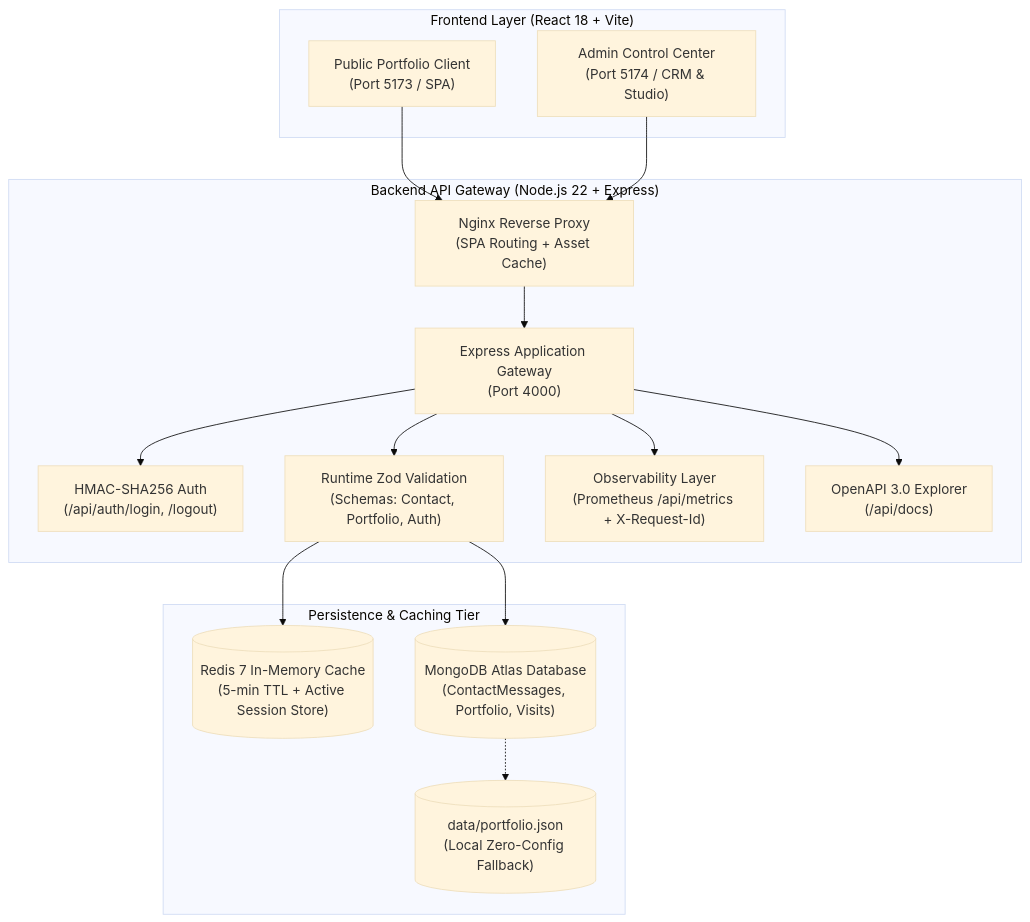
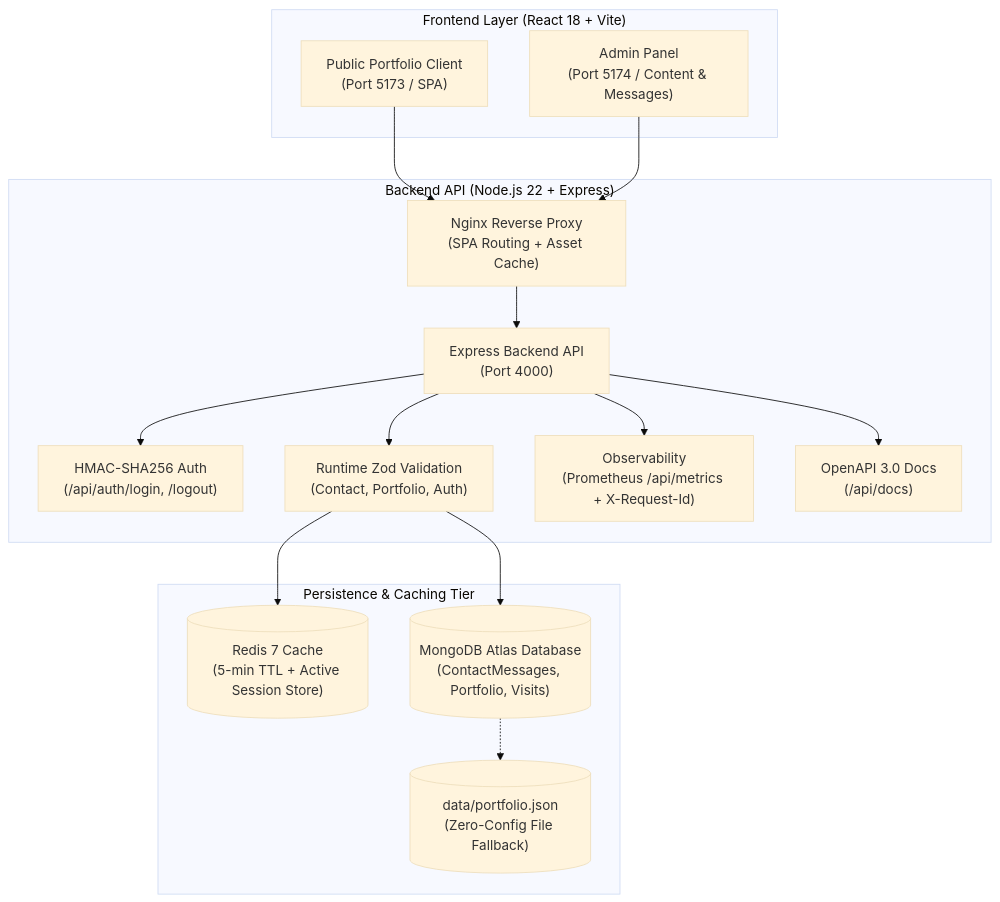
The diagram in README.md (Aman-Singh-Kunwar/Portfolio), drawn with Mermaid (base theme) before and after one commit. The commit also changed other lines of this file, not shown here.

````diff
--- a/README.md
+++ b/README.md
@@ -28,27 +28,27 @@
 ```mermaid
 flowchart TD
     subgraph Clients["Frontend Layer (React 18 + Vite)"]
         Client["Public Portfolio Client\n(Port 5173 / SPA)"]
-        Admin["Admin Control Center\n(Port 5174 / CRM & Studio)"]
+        Admin["Admin Panel\n(Port 5174 / Content & Messages)"]
     end
 
-    subgraph Gateway["Backend API Gateway (Node.js 22 + Express)"]
-        Nginx["Nginx Reverse Proxy\n(SPA Routing + Asset Cache)"] --> Express["Express Application Gateway\n(Port 4000)"]
+    subgraph Gateway["Backend API (Node.js 22 + Express)"]
+        Nginx["Nginx Reverse Proxy\n(SPA Routing + Asset Cache)"] --> Express["Express Backend API\n(Port 4000)"]
         Express --> Auth["HMAC-SHA256 Auth\n(/api/auth/login, /logout)"]
-        Express --> Zod["Runtime Zod Validation\n(Schemas: Contact, Portfolio, Auth)"]
-        Express --> Telemetry["Observability Layer\n(Prometheus /api/metrics + X-Request-Id)"]
-        Express --> Swagger["OpenAPI 3.0 Explorer\n(/api/docs)"]
+        Express --> Zod["Runtime Zod Validation\n(Contact, Portfolio, Auth)"]
+        Express --> Telemetry["Observability\n(Prometheus /api/metrics + X-Request-Id)"]
+        Express --> Swagger["OpenAPI 3.0 Docs\n(/api/docs)"]
     end
 
     subgraph Data["Persistence & Caching Tier"]
-        Redis[("Redis 7 In-Memory Cache\n(5-min TTL + Active Session Store)")]
+        Redis[("Redis 7 Cache\n(5-min TTL + Active Session Store)")]
         Mongo[("MongoDB Atlas Database\n(ContactMessages, Portfolio, Visits)")]
-        LocalJSON[("data/portfolio.json\n(Local Zero-Config Fallback)")]
+        LocalJSON[("data/portfolio.json\n(Zero-Config File Fallback)")]
     end
 
     Client --> Nginx
     Admin --> Nginx
     Zod --> Redis
     Zod --> Mongo
     Mongo -.-> LocalJSON
 ```
````
